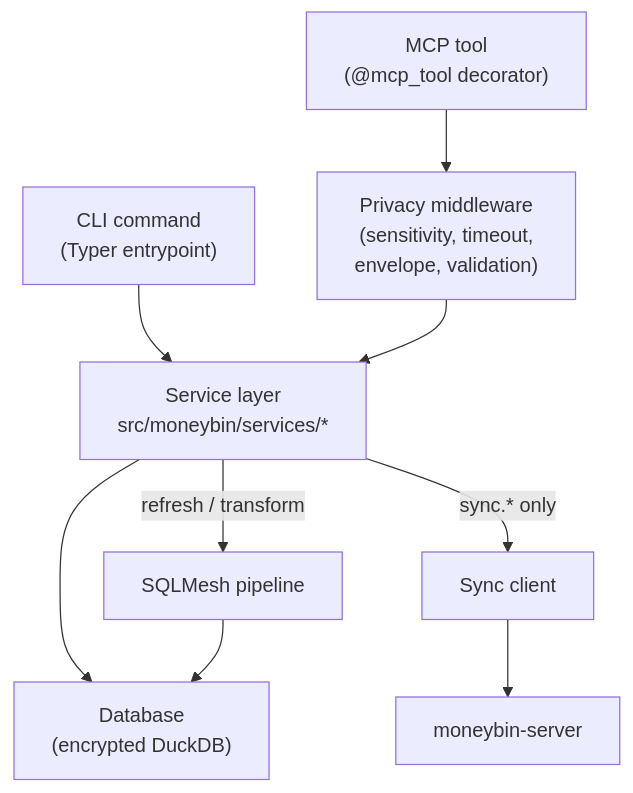
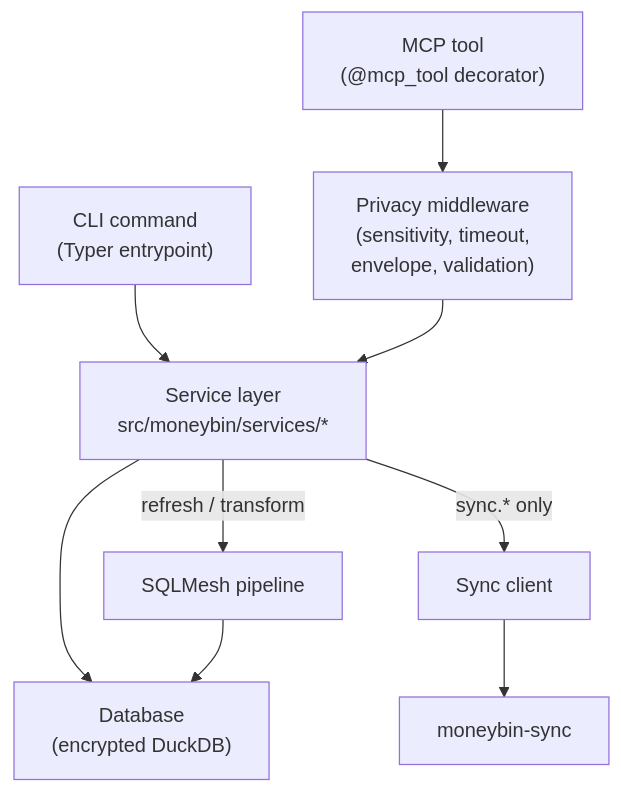
One commit to bsaffel/moneybin changed the second of 2 diagrams in docs/reference/system-overview.md. Above: the diagram before and after it, drawn with Mermaid. The commit also changed other lines of this file and 34 other files, not shown here.

First line of the commit message:
Rename broker references from moneybin-server to moneybin-sync (#276)

````diff
--- a/docs/reference/system-overview.md
+++ b/docs/reference/system-overview.md
@@ -48,19 +48,19 @@
 ```mermaid
 flowchart TD
   cli["CLI command<br/>(Typer entrypoint)"]
   tool["MCP tool<br/>(@mcp_tool decorator)"]
   mw["Privacy middleware<br/>(sensitivity, timeout,<br/>envelope, validation)"]
   svc["Service layer<br/>src/moneybin/services/*"]
   db["Database<br/>(encrypted DuckDB)"]
   sm["SQLMesh pipeline"]
   sync["Sync client"]
-  srv["moneybin-server"]
+  srv["moneybin-sync"]
 
   cli --> svc
   tool --> mw --> svc
   svc --> db
   svc -->|refresh / transform| sm
   sm --> db
   svc -->|sync.* only| sync
   sync --> srv
 ```
````
